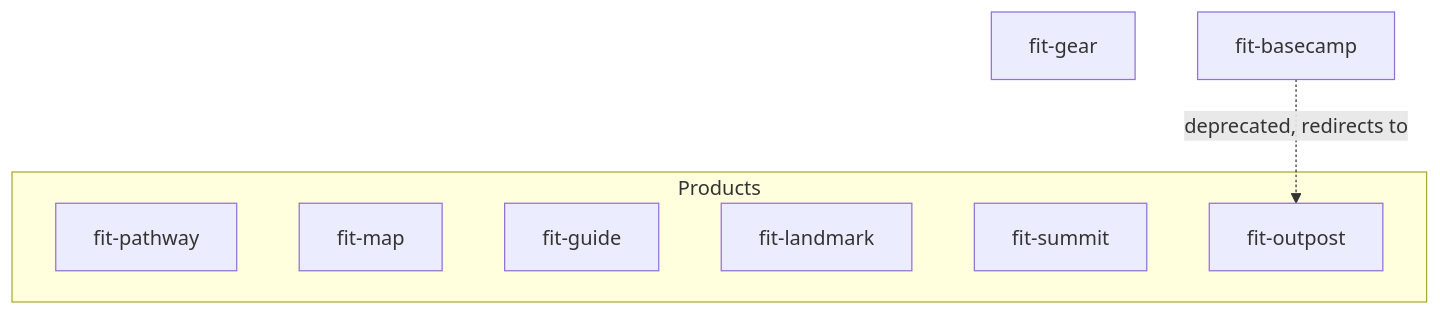
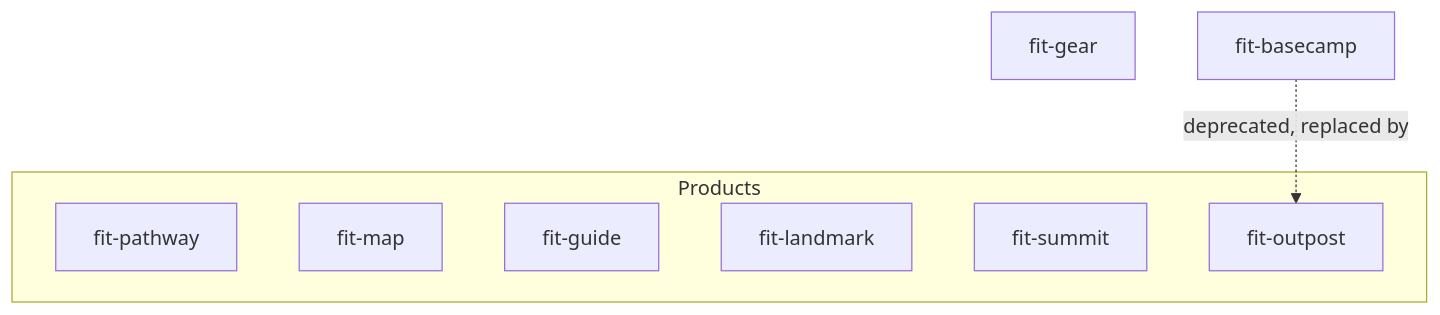
Before and after one commit to forwardimpact/pathway: the diagram in specs/740-seed-homebrew-tap/design-a.md, drawn with Mermaid. The commit also changed other lines of this file, not shown here.

````diff
--- a/specs/740-seed-homebrew-tap/design-a.md
+++ b/specs/740-seed-homebrew-tap/design-a.md
@@ -17,13 +19,13 @@
 ```mermaid
 graph TD
     subgraph Products
         pathway[fit-pathway]
         map[fit-map]
         guide[fit-guide]
         landmark[fit-landmark]
         summit[fit-summit]
         outpost[fit-outpost]
     end
     gear[fit-gear]
-    basecamp[fit-basecamp] -.->|deprecated, redirects to| outpost
+    basecamp[fit-basecamp] -.->|deprecated, replaced by| outpost
 ```
````
